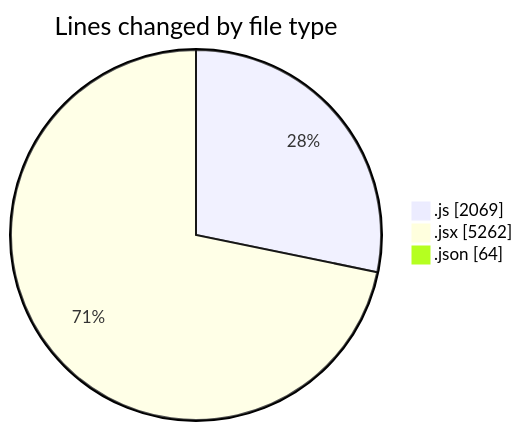
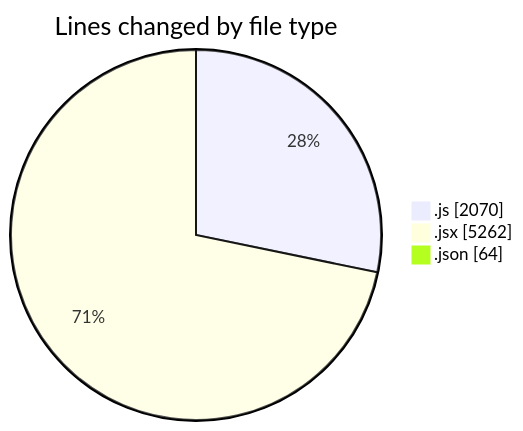
The first of 2 diagrams in 2025-08-07/nxtqube_webapp/README.md (nxtqubesakshisongat/code-tracking), drawn with Mermaid before and after one commit. The commit also changed other lines of this file and 1 other file, not shown here.

````diff
--- a/2025-08-07/nxtqube_webapp/README.md
+++ b/2025-08-07/nxtqube_webapp/README.md
@@ -25,7 +25,7 @@
 ```mermaid
 pie showData
 title Lines changed by file type
-".js" : 2069
+".js" : 2070
 ".jsx" : 5262
 ".json" : 64
 ```
````
